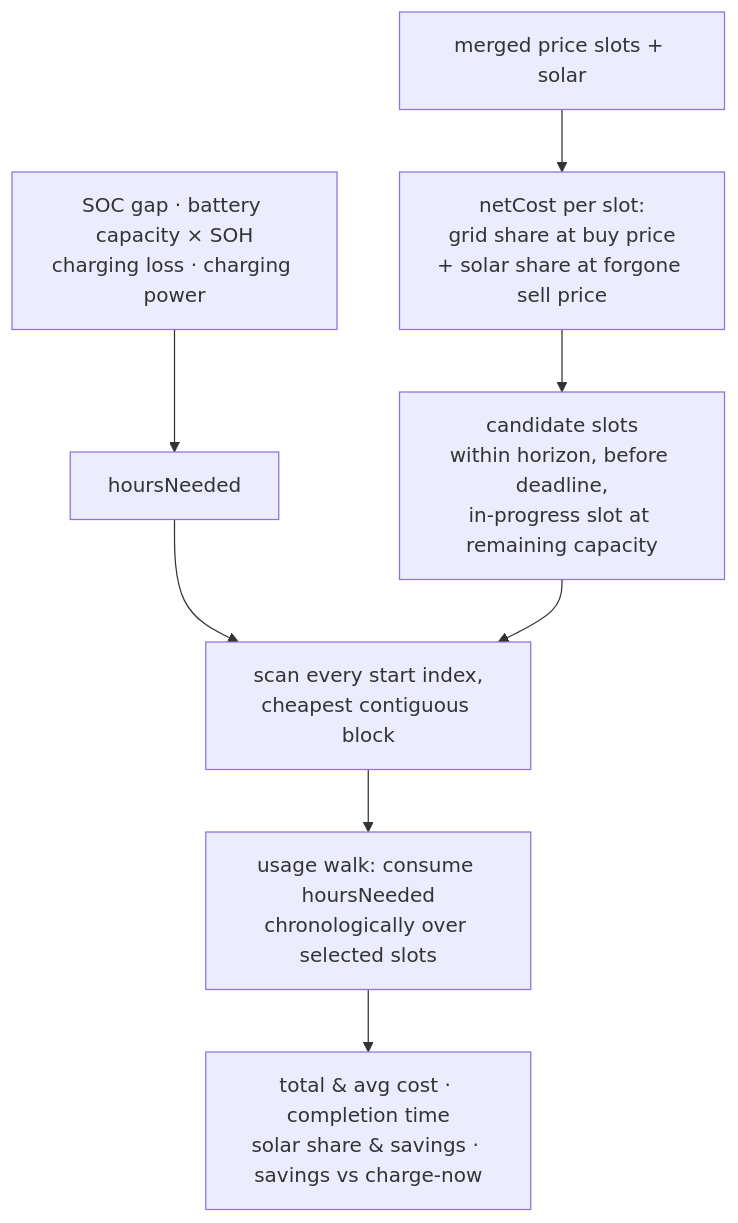
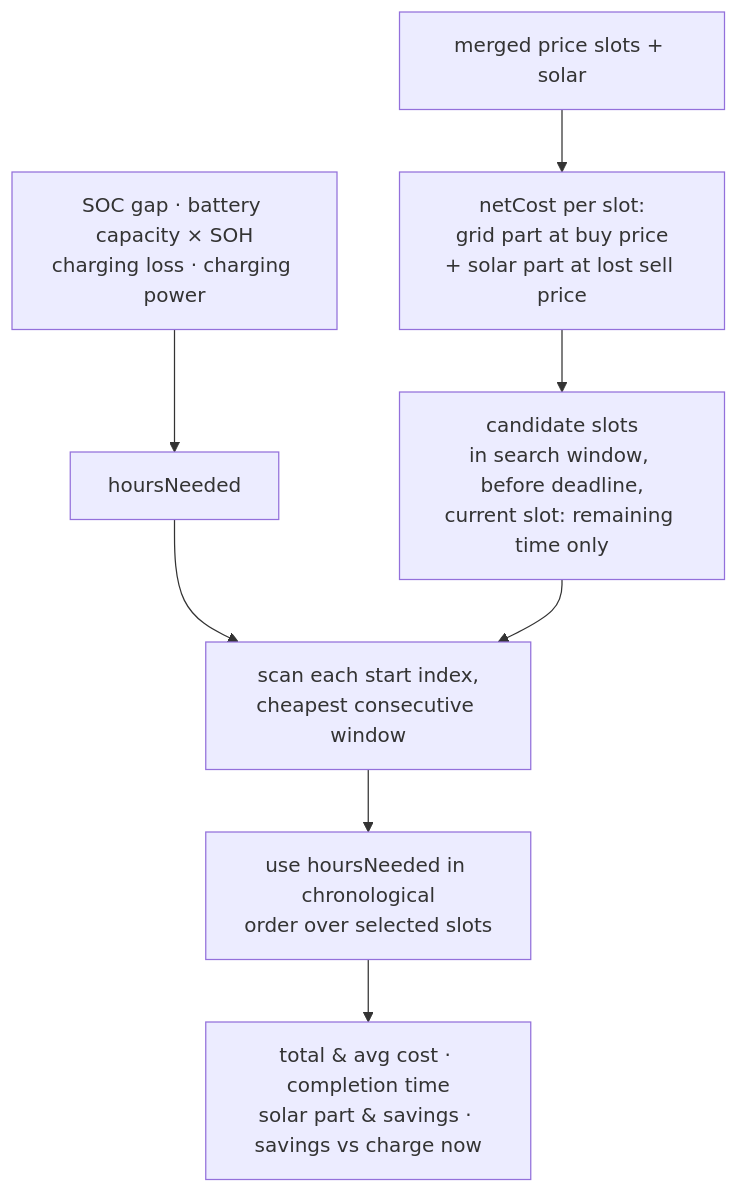
Before and after one commit to ltpk/charging-optimizer: the second of 3 diagrams in README.md, drawn with Mermaid. The commit also changed other lines of this file and 12 other files, not shown here.

````diff
--- a/README.md
+++ b/README.md
@@ -66,10 +126,10 @@
 ```mermaid
 flowchart TD
   IN["SOC gap · battery capacity × SOH<br>charging loss · charging power"] --> HN["hoursNeeded"]
-  SLOTS["merged price slots + solar"] --> NC["netCost per slot:<br>grid share at buy price<br>+ solar share at forgone sell price"]
-  NC --> CAND["candidate slots<br>within horizon, before deadline,<br>in-progress slot at remaining capacity"]
-  HN --> CONS["scan every start index,<br>cheapest contiguous block"]
+  SLOTS["merged price slots + solar"] --> NC["netCost per slot:<br>grid part at buy price<br>+ solar part at lost sell price"]
+  NC --> CAND["candidate slots<br>in search window, before deadline,<br>current slot: remaining time only"]
+  HN --> CONS["scan each start index,<br>cheapest consecutive window"]
   CAND --> CONS
-  CONS --> WALK["usage walk: consume hoursNeeded<br>chronologically over selected slots"]
-  WALK --> OUT["total & avg cost · completion time<br>solar share & savings · savings vs charge-now"]
+  CONS --> WALK["use hoursNeeded in chronological<br>order over selected slots"]
+  WALK --> OUT["total & avg cost · completion time<br>solar part & savings · savings vs charge now"]
 ```
````
